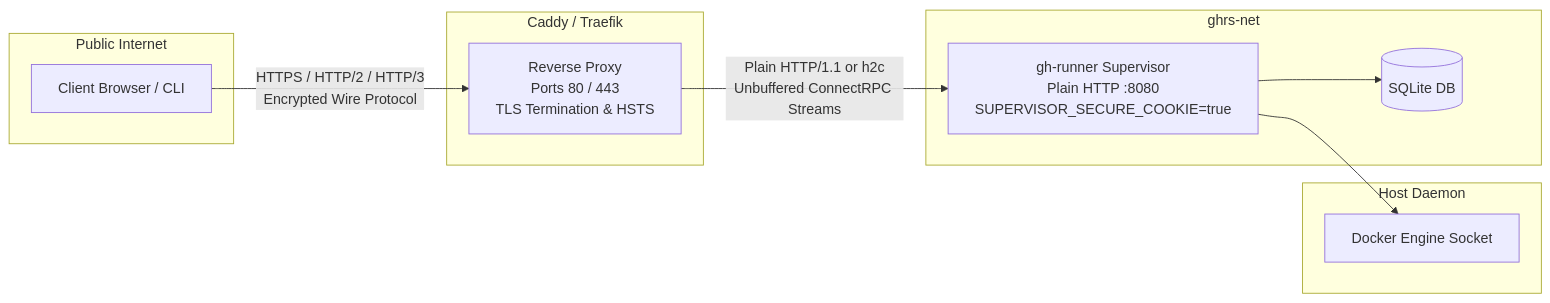
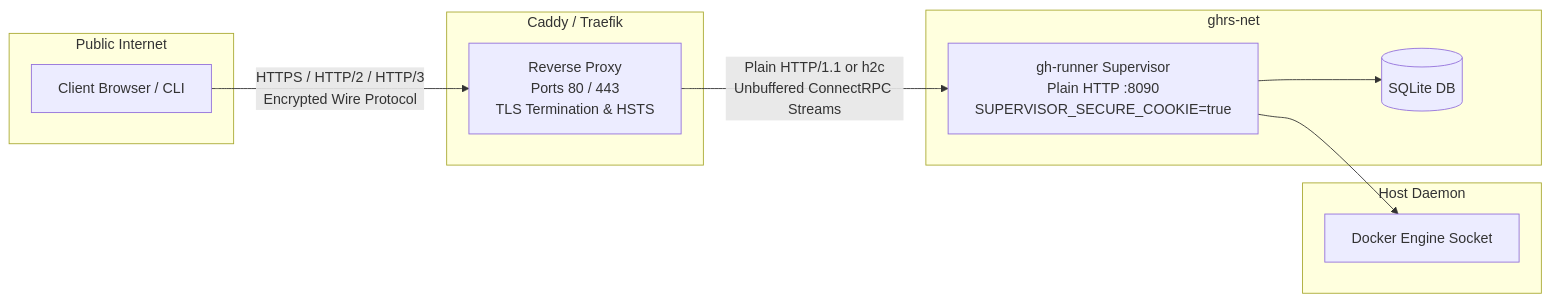
The diagram in docs/10-reverse-proxy-tls.md (noosxe/gh-runner), drawn with Mermaid before and after one commit. The commit also changed other lines of this file and 13 other files, not shown here.

````diff
--- a/docs/10-reverse-proxy-tls.md
+++ b/docs/10-reverse-proxy-tls.md
@@ -13,24 +13,24 @@
 ```mermaid
 graph LR
     subgraph Public Internet
         Browser[Client Browser / CLI]
     end
 
     subgraph TLS Reverse Proxy Perimeter [Caddy / Traefik]
         Proxy[Reverse Proxy<br/>Ports 80 / 443<br/>TLS Termination & HSTS]
     end
 
     subgraph Internal Isolated Network [ghrs-net]
-        Supervisor[gh-runner Supervisor<br/>Plain HTTP :8080<br/>SUPERVISOR_SECURE_COOKIE=true]
+        Supervisor[gh-runner Supervisor<br/>Plain HTTP :8090<br/>SUPERVISOR_SECURE_COOKIE=true]
         DB[(SQLite DB)]
     end
 
     subgraph Host Daemon
         Docker[Docker Engine Socket]
     end
 
     Browser -->|HTTPS / HTTP/2 / HTTP/3<br/>Encrypted Wire Protocol| Proxy
     Proxy -->|Plain HTTP/1.1 or h2c<br/>Unbuffered ConnectRPC Streams| Supervisor
     Supervisor --> DB
     Supervisor --> Docker
 ```
````
